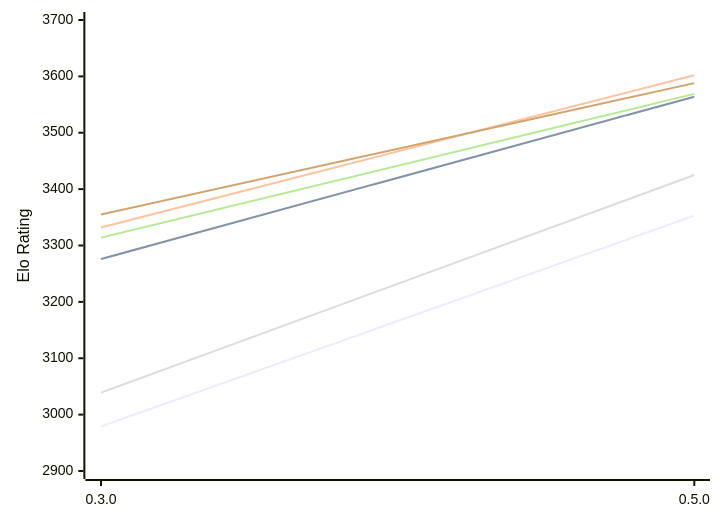
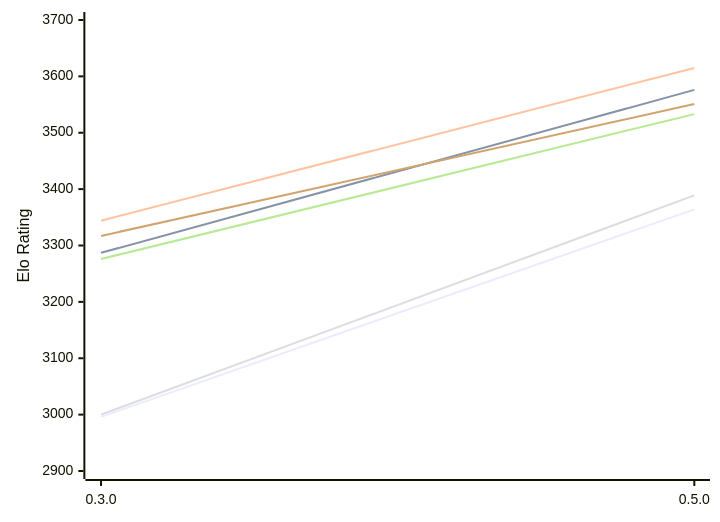
One commit to computer-chess-index/cci changed the first of 2 diagrams in engines/Justbot.md. Above: the diagram before and after it, drawn with Mermaid. The commit also changed other lines of this file, not shown here.

Commit message:
Update CCI Ratings (ELO VLTC) - 2026-11-14

````diff
--- a/engines/Justbot.md
+++ b/engines/Justbot.md
@@ -53,12 +53,12 @@
 ```mermaid
 %%{init: {"theme":"base","themeVariables":{"seriesColors:['#a3a3a3','#222221','#faa371']}}}%%
 xychart-beta
   x-axis ["0.3.0", "0.5.0"]
   y-axis "Elo Rating" 2900 --> 3700
-  line "E1: STC (8.0+0.08s)" [2979, 3353]
-  line "E1: LTC (60.0+0.60s)" [3276, 3564]
-  line "E1: VLTC (2m24s+1.12s)" [3332, 3602]
-  line "P1: STC (8.0+0.08s)" [3039, 3425]
-  line "P1: LTC (60.0+0.60s)" [3314, 3569]
-  line "P1: VLTC (2m24s+1.12s)" [3355, 3588]
+  line "E1: STC (8.0+0.08s)" [2996, 3364]
+  line "E1: LTC (60.0+0.60s)" [3287, 3576]
+  line "E1: VLTC (2m24s+1.12s)" [3344, 3615]
+  line "P1: STC (8.0+0.08s)" [3000, 3389]
+  line "P1: LTC (60.0+0.60s)" [3276, 3533]
+  line "P1: VLTC (2m24s+1.12s)" [3317, 3551]
 ```
````
